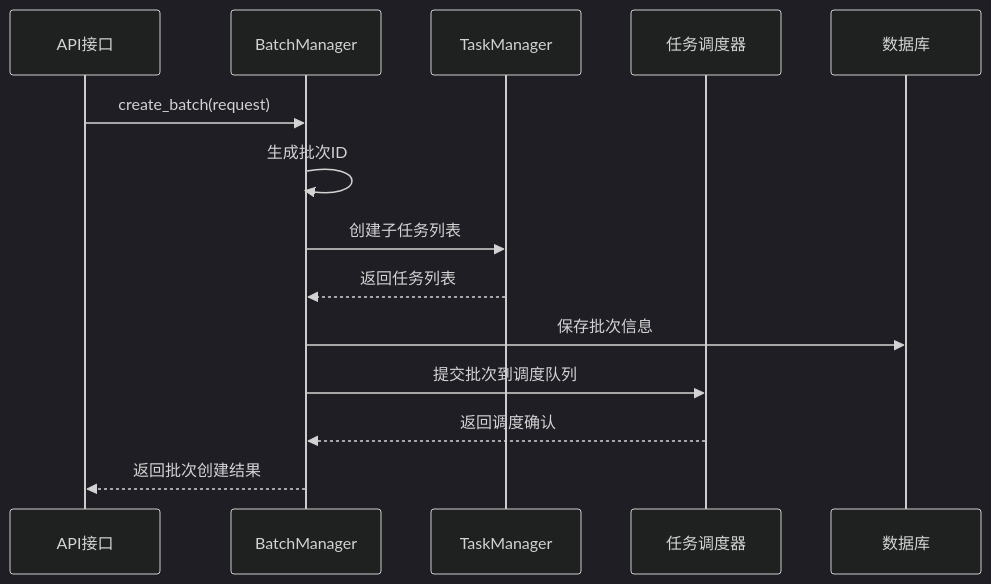
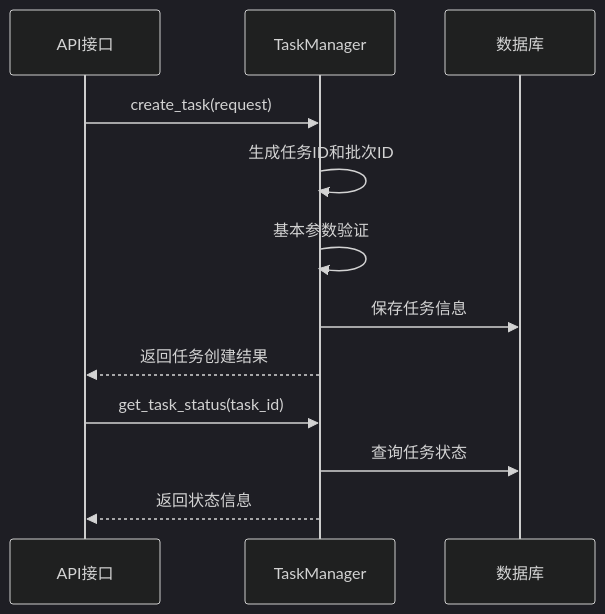
Before and after one commit to Casper-Mars/qtrade: the second of 5 diagrams in docs/iteration-3-prediction-model/tasks_task_manager.md, drawn with Mermaid (dark theme). The commit also changed other lines of this file and 12 other files, not shown here.

````diff
--- a/docs/iteration-3-prediction-model/tasks_task_manager.md
+++ b/docs/iteration-3-prediction-model/tasks_task_manager.md
@@ -51,17 +49,16 @@
     ```mermaid
     sequenceDiagram
         participant API as API接口
-        participant BM as BatchManager
         participant TM as TaskManager
-        participant Scheduler as 任务调度器
         participant DB as 数据库
         
-        API->>BM: create_batch(request)
-        BM->>BM: 生成批次ID
-        BM->>TM: 创建子任务列表
-        TM-->>BM: 返回任务列表
-        BM->>DB: 保存批次信息
-        BM->>Scheduler: 提交批次到调度队列
-        Scheduler-->>BM: 返回调度确认
-        BM-->>API: 返回批次创建结果
+        API->>TM: create_task(request)
+        TM->>TM: 生成任务ID和批次ID
+        TM->>TM: 基本参数验证
+        TM->>DB: 保存任务信息
+        TM-->>API: 返回任务创建结果
+        
+        API->>TM: get_task_status(task_id)
+        TM->>DB: 查询任务状态
+        TM-->>API: 返回状态信息
     ```
````
